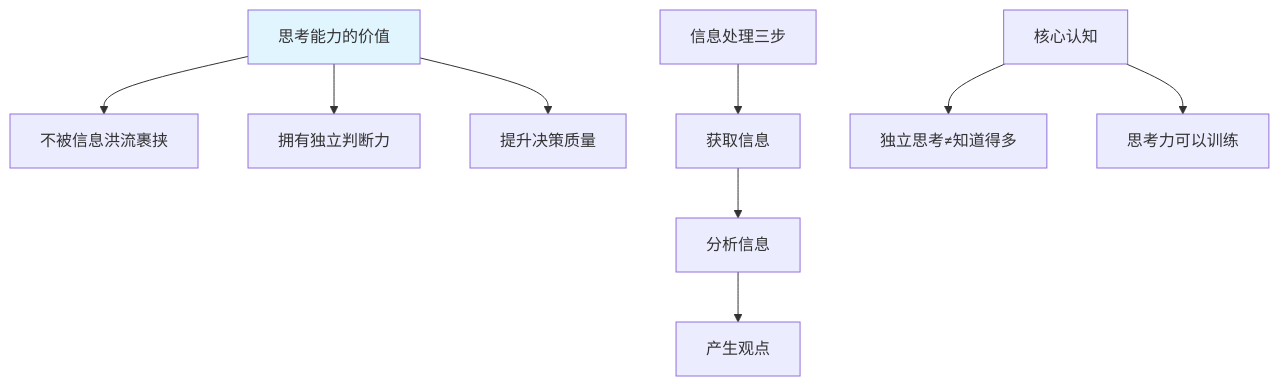
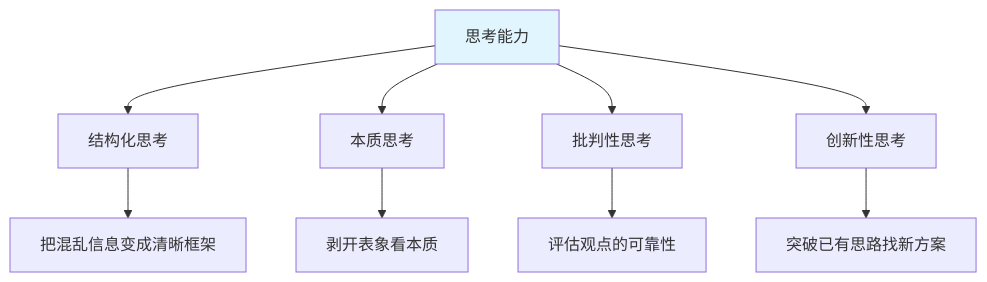
One commit to chongyang211/YCBookBlog changed the first of 7 diagrams in 10.打工充平常记录/10.自我精进七课/07.底层思维的训练/7.6思考能力的提升.md. Above: the diagram before and after it, drawn with Mermaid. The commit also changed other lines of this file and 55 other files, not shown here.

````diff
--- a/10.打工充平常记录/10.自我精进七课/07.底层思维的训练/7.6思考能力的提升.md
+++ b/10.打工充平常记录/10.自我精进七课/07.底层思维的训练/7.6思考能力的提升.md
@@ -18,12 +41,12 @@
 ```mermaid
 graph TD
-    A[思考能力的价值] --> B[不被信息洪流裹挟]
-    A --> C[拥有独立判断力]
-    A --> D[提升决策质量]
-    E[信息处理三步] --> F[获取信息]
-    F --> G[分析信息]
-    G --> H[产生观点]
-    I[核心认知] --> I1[独立思考≠知道得多]
-    I --> I2[思考力可以训练]
+    A[思考能力] --> B[结构化思考]
+    A --> C[本质思考]
+    A --> D[批判性思考]
+    A --> E[创新性思考]
+    B --> B1[把混乱信息变成清晰框架]
+    C --> C1[剥开表象看本质]
+    D --> D1[评估观点的可靠性]
+    E --> E1[突破已有思路找新方案]
     style A fill:#e1f5fe
 ```
````
